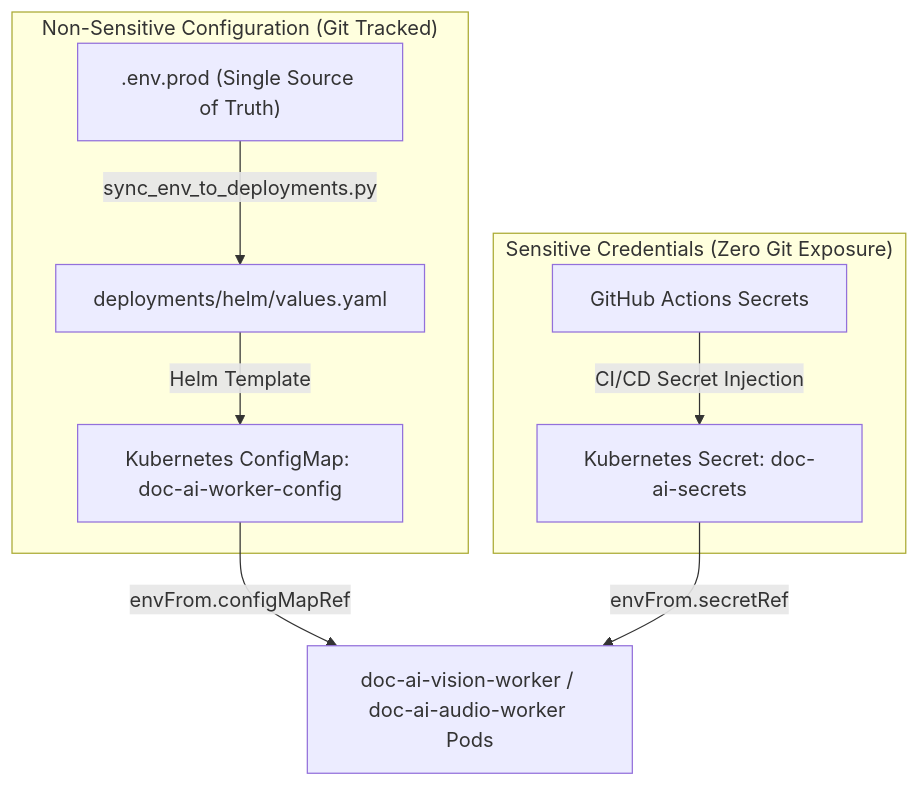
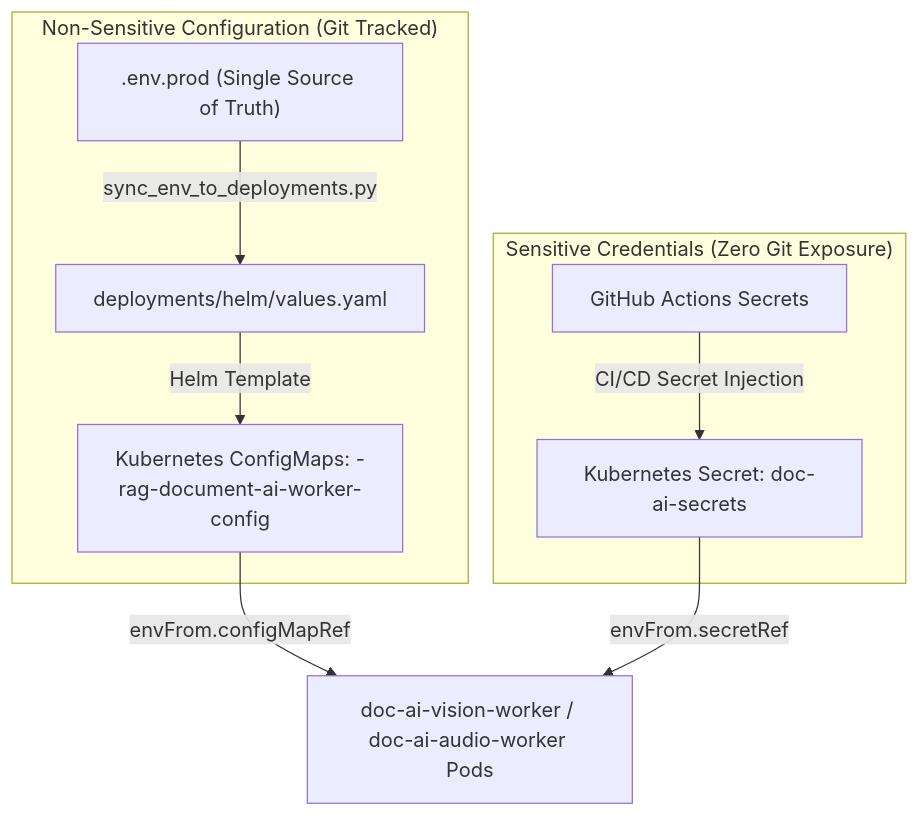
Before and after one commit to Gemejime/Document-AI-Parsers: the first of 2 diagrams in deployments/SECRET_MANAGEMENT.md, drawn with Mermaid. The commit also changed other lines of this file and 2 other files, not shown here.

Commit message:
docs: update ConfigMap naming pattern and worker namespace override docs

````diff
--- a/deployments/SECRET_MANAGEMENT.md
+++ b/deployments/SECRET_MANAGEMENT.md
@@ -11,14 +11,14 @@
 ```mermaid
 flowchart TD
     subgraph NonSensitive["Non-Sensitive Configuration (Git Tracked)"]
         A[".env.prod (Single Source of Truth)"] -->|sync_env_to_deployments.py| B["deployments/helm/values.yaml"]
-        B -->|Helm Template| C["Kubernetes ConfigMap: doc-ai-worker-config"]
+        B -->|Helm Template| C["Kubernetes ConfigMaps: <release>-rag-document-ai-worker-config"]
     end
 
     subgraph Sensitive["Sensitive Credentials (Zero Git Exposure)"]
         D["GitHub Actions Secrets"] -->|CI/CD Secret Injection| E["Kubernetes Secret: doc-ai-secrets"]
     end
 
     C -->|envFrom.configMapRef| F["doc-ai-vision-worker / doc-ai-audio-worker Pods"]
     E -->|envFrom.secretRef| F
 ```
````
